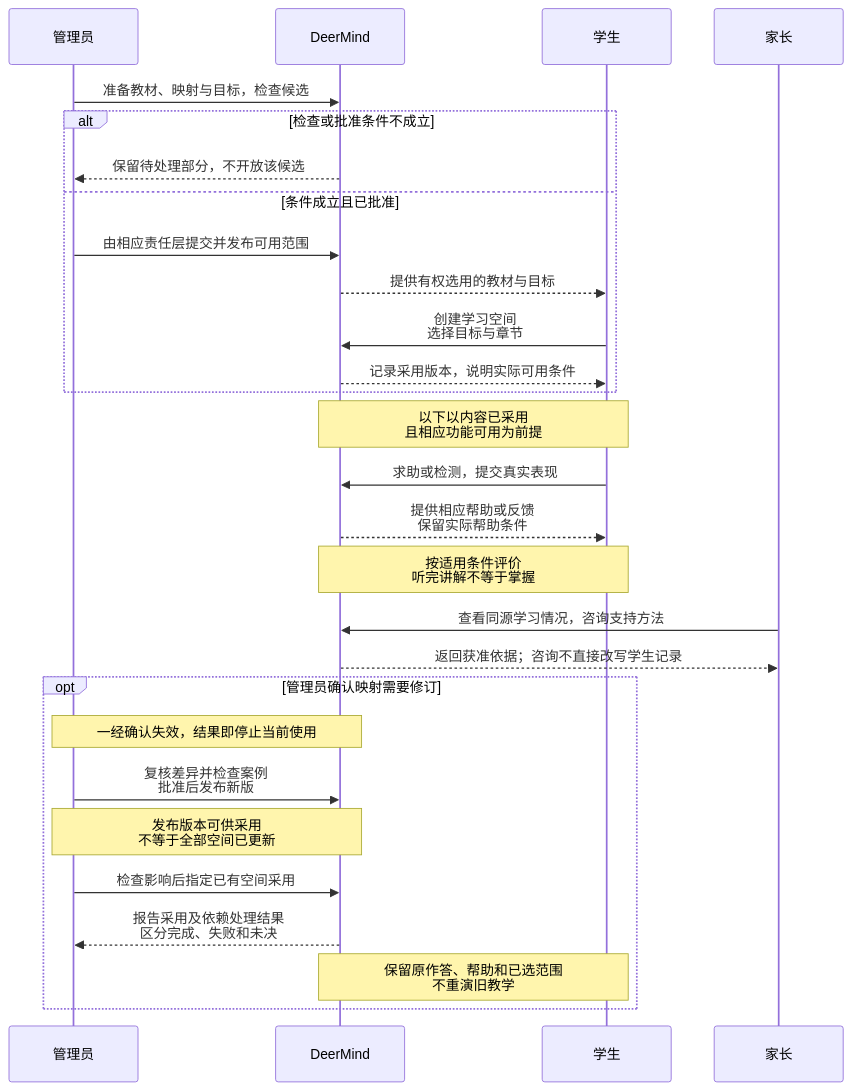
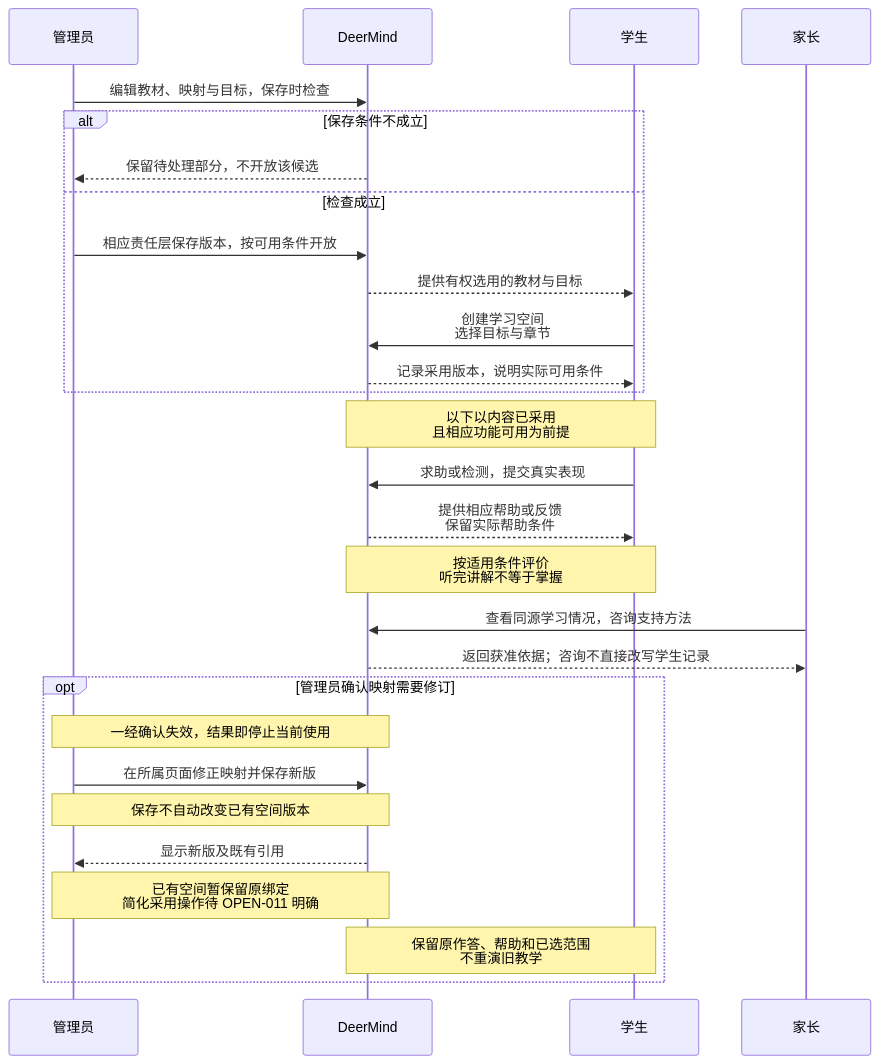
One commit to ivgotcrazy/deermind changed the sixth of 6 diagrams in doc/mvp/phase-3-definition/MVP_Requirements_and_Acceptance.md. Above: the diagram before and after it, drawn with Mermaid. The commit also changed other lines of this file and 189 other files, not shown here.

````diff
--- a/doc/mvp/phase-3-definition/MVP_Requirements_and_Acceptance.md
+++ b/doc/mvp/phase-3-definition/MVP_Requirements_and_Acceptance.md
@@ -695,30 +685,30 @@
 ```mermaid
 sequenceDiagram
     participant A as 管理员
     participant D as DeerMind
     participant S as 学生
     participant P as 家长
-    A->>D: 准备教材、映射与目标，检查候选
-    alt 检查或批准条件不成立
+    A->>D: 编辑教材、映射与目标，保存时检查
+    alt 保存条件不成立
         D-->>A: 保留待处理部分，不开放该候选
-    else 条件成立且已批准
-        A->>D: 由相应责任层提交并发布可用范围
+    else 检查成立
+        A->>D: 相应责任层保存版本，按可用条件开放
         D-->>S: 提供有权选用的教材与目标
         S->>D: 创建学习空间<br/>选择目标与章节
         D-->>S: 记录采用版本，说明实际可用条件
     end
     Note over D,S: 以下以内容已采用<br/>且相应功能可用为前提
     S->>D: 求助或检测，提交真实表现
     D-->>S: 提供相应帮助或反馈<br/>保留实际帮助条件
     Note over D,S: 按适用条件评价<br/>听完讲解不等于掌握
     P->>D: 查看同源学习情况，咨询支持方法
     D-->>P: 返回获准依据；咨询不直接改写学生记录
     opt 管理员确认映射需要修订
         Note over A,D: 一经确认失效，结果即停止当前使用
-        A->>D: 复核差异并检查案例<br/>批准后发布新版
-        Note over A,D: 发布版本可供采用<br/>不等于全部空间已更新
-        A->>D: 检查影响后指定已有空间采用
-        D-->>A: 报告采用及依赖处理结果<br/>区分完成、失败和未决
+        A->>D: 在所属页面修正映射并保存新版
+        Note over A,D: 保存不自动改变已有空间版本
+        D-->>A: 显示新版及既有引用
+        Note over A,D: 已有空间暂保留原绑定<br/>简化采用操作待 OPEN-011 明确
         Note over D,S: 保留原作答、帮助和已选范围<br/>不重演旧教学
     end
 ```
````
